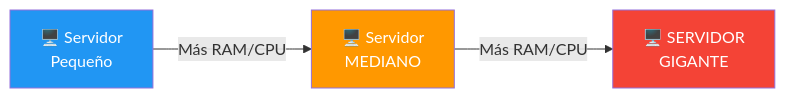
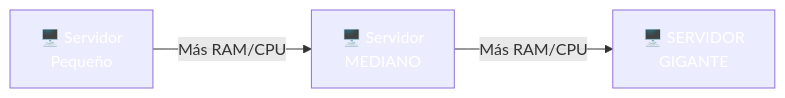
The second of 7 diagrams in 09-despliegue.md (joseluisgs/DesarrolloWebEntornosServidor-01-2026-2027), drawn with Mermaid before and after one commit. The commit also changed other lines of this file and 66 other files, not shown here.

First line of the commit message:
fix: normalizar titulos al castellano de frase y corregir la paleta de mermaid

````diff
--- a/09-despliegue.md
+++ b/09-despliegue.md
@@ -70,9 +70,9 @@
 ```mermaid
 graph LR
     S1["🖥️ Servidor<br/>Pequeño"] -->|"Más RAM/CPU"| S2["🖥️ Servidor<br/>MEDIANO"]
     S2 -->|"Más RAM/CPU"| S3["🖥️ SERVIDOR<br/>GIGANTE"]
 
-    style S1 fill:#2196F3,color:#fff
-    style S2 fill:#FF9800,color:#fff
-    style S3 fill:#f44336,color:#fff
+    style S1 fill:#2196F,color:#fff3,color:#fff
+    style S2 fill:#FF980,color:#fff0,color:#fff
+    style S3 fill:#f4433,color:#fff6,color:#fff
 ```
````
